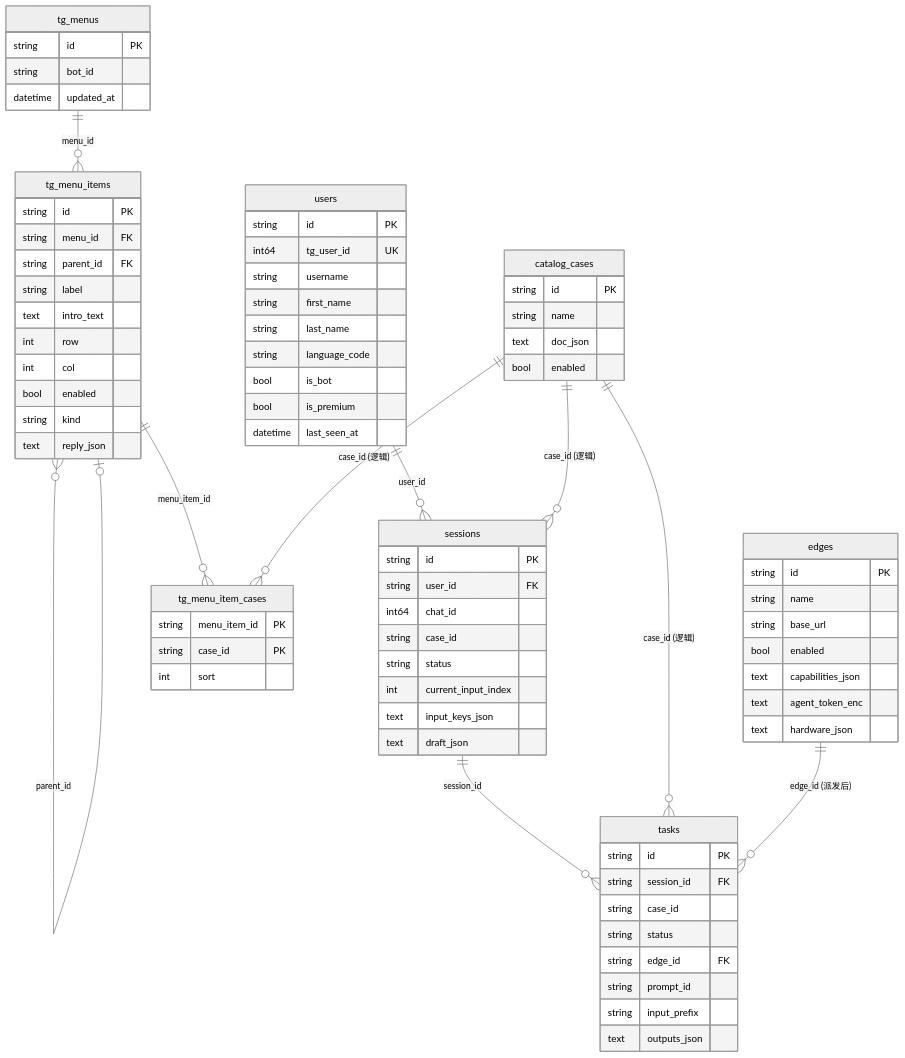
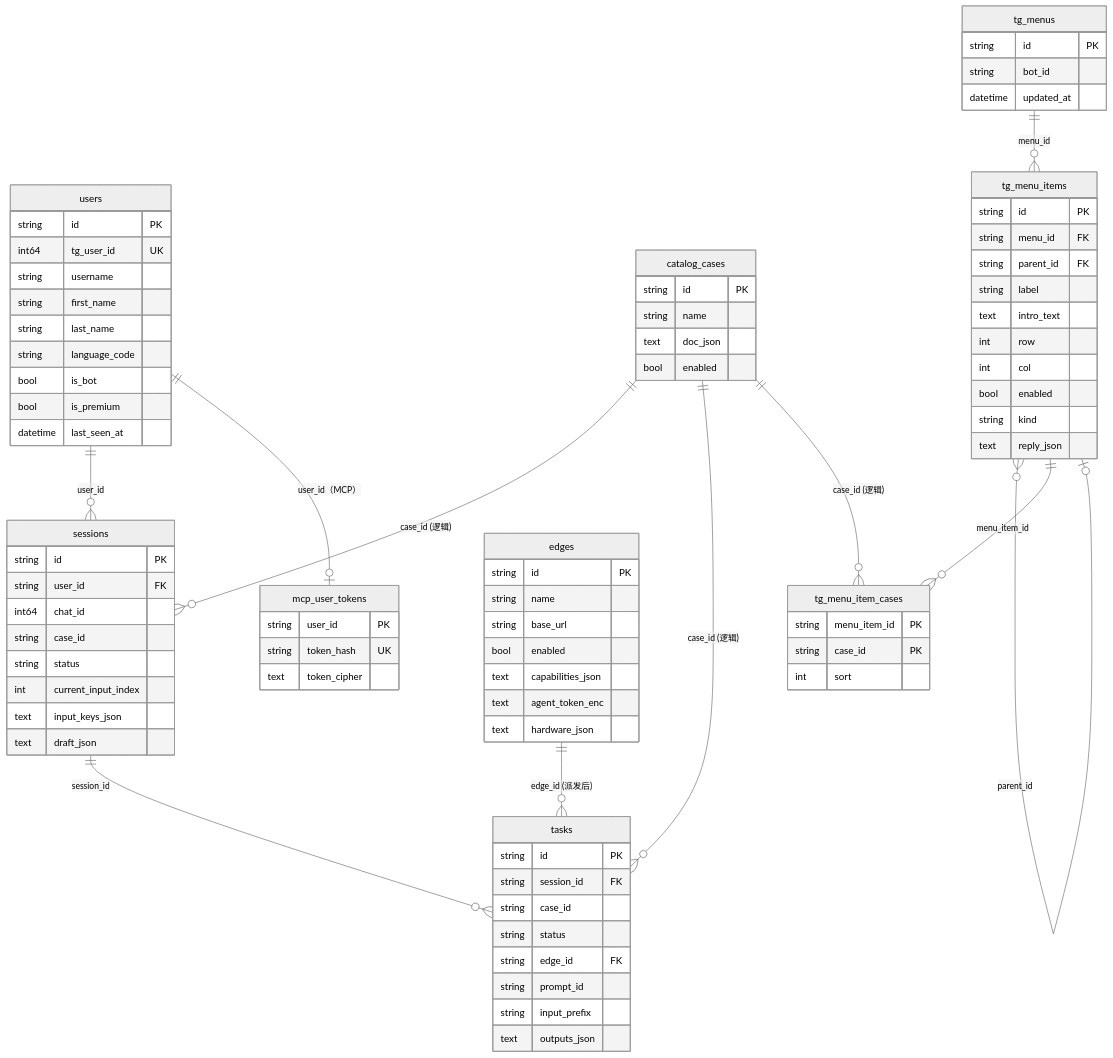
The first of 3 diagrams in docs/architecture/data-model.md (Mr9esx/Pixoma), drawn with Mermaid (neutral theme) before and after one commit. The commit also changed other lines of this file and 131 other files, not shown here.

````diff
--- a/docs/architecture/data-model.md
+++ b/docs/architecture/data-model.md
@@ -270,6 +283,7 @@
 ```mermaid
 erDiagram
   users ||--o{ sessions : "user_id"
+  users ||--o| mcp_user_tokens : "user_id（MCP）"
   sessions ||--o{ tasks : "session_id"
   catalog_cases ||--o{ sessions : "case_id (逻辑)"
   catalog_cases ||--o{ tasks : "case_id (逻辑)"
@@ -289,6 +303,12 @@
     bool is_bot
     bool is_premium
     datetime last_seen_at
+  }
+
+  mcp_user_tokens {
+    string user_id PK
+    string token_hash UK
+    text token_cipher
   }
 
   sessions {
````
